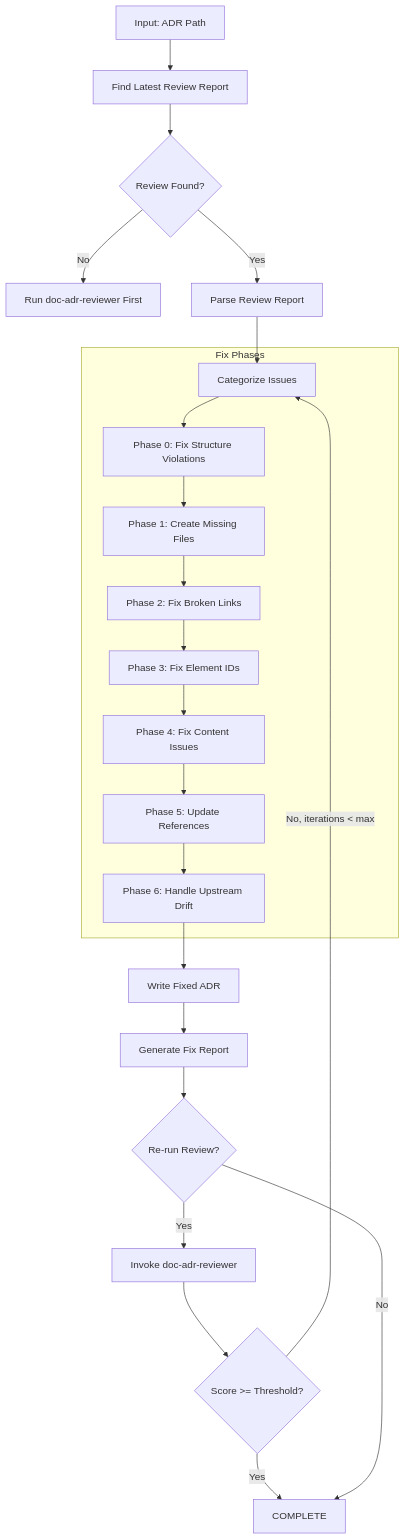
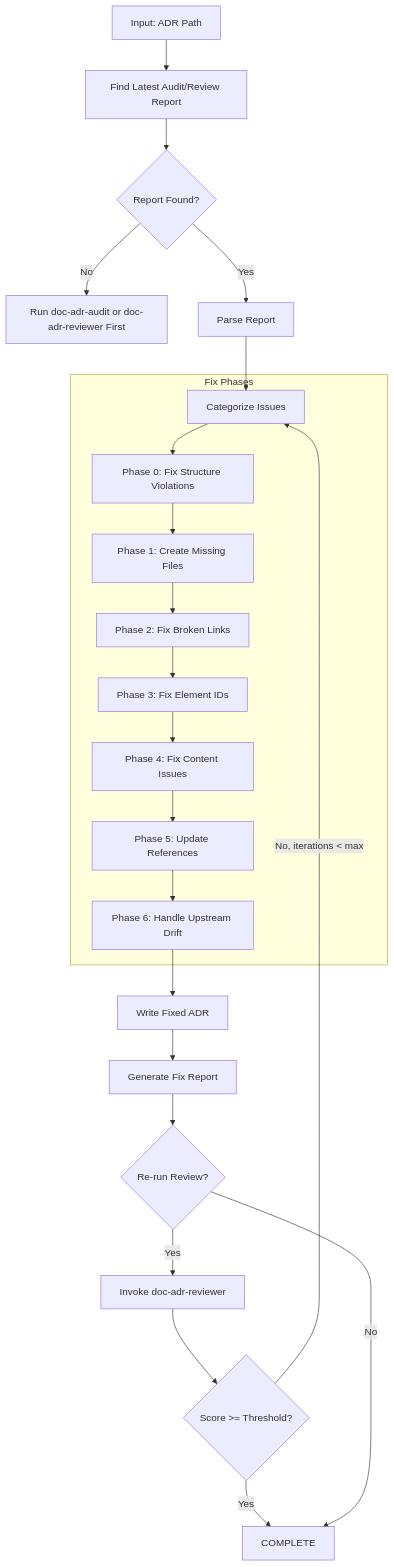
Before and after one commit to vladm3105/aidoc-flow-framework: the first of 3 diagrams in .claude/skills/doc-adr-fixer/SKILL.md, drawn with Mermaid. The commit also changed other lines of this file and 12 other files, not shown here.

Commit message:
feat(skills): add ADR/SYS audit wrappers and align parity contracts

````diff
--- a/.claude/skills/doc-adr-fixer/SKILL.md
+++ b/.claude/skills/doc-adr-fixer/SKILL.md
@@ -66,28 +69,28 @@
 ```mermaid
 flowchart TD
-    A[Input: ADR Path] --> B[Find Latest Review Report]
-    B --> C{Review Found?}
-    C -->|No| D[Run doc-adr-reviewer First]
-    C -->|Yes| E[Parse Review Report]
+  A[Input: ADR Path] --> B[Find Latest Audit/Review Report]
+  B --> C{Report Found?}
+  C -->|No| D[Run doc-adr-audit or doc-adr-reviewer First]
+  C -->|Yes| E[Parse Report]
 
     E --> F[Categorize Issues]
 
     subgraph FixPhases["Fix Phases"]
         F --> F0[Phase 0: Fix Structure Violations]
         F0 --> G[Phase 1: Create Missing Files]
         G --> H[Phase 2: Fix Broken Links]
         H --> I[Phase 3: Fix Element IDs]
         I --> J[Phase 4: Fix Content Issues]
         J --> K[Phase 5: Update References]
         K --> K2[Phase 6: Handle Upstream Drift]
     end
 
     K2 --> L[Write Fixed ADR]
     L --> M[Generate Fix Report]
     M --> N{Re-run Review?}
     N -->|Yes| O[Invoke doc-adr-reviewer]
     O --> P{Score >= Threshold?}
     P -->|No, iterations < max| F
     P -->|Yes| Q[COMPLETE]
     N -->|No| Q
 ```
````
